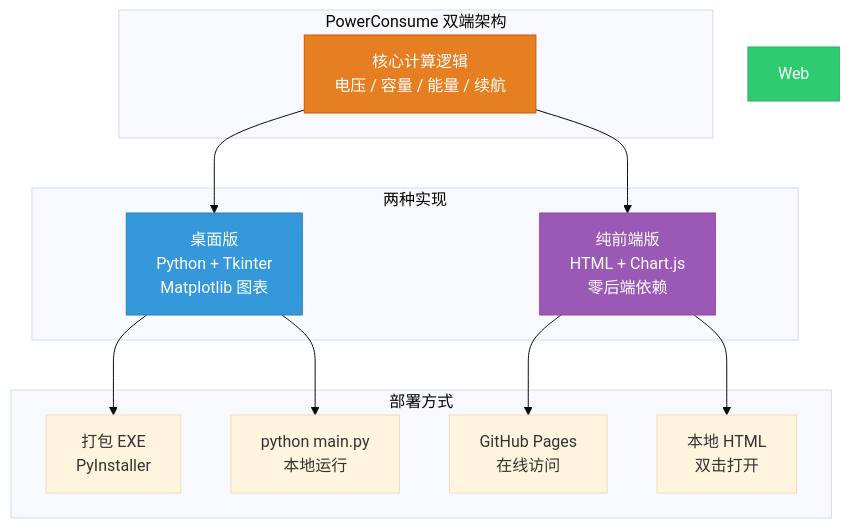
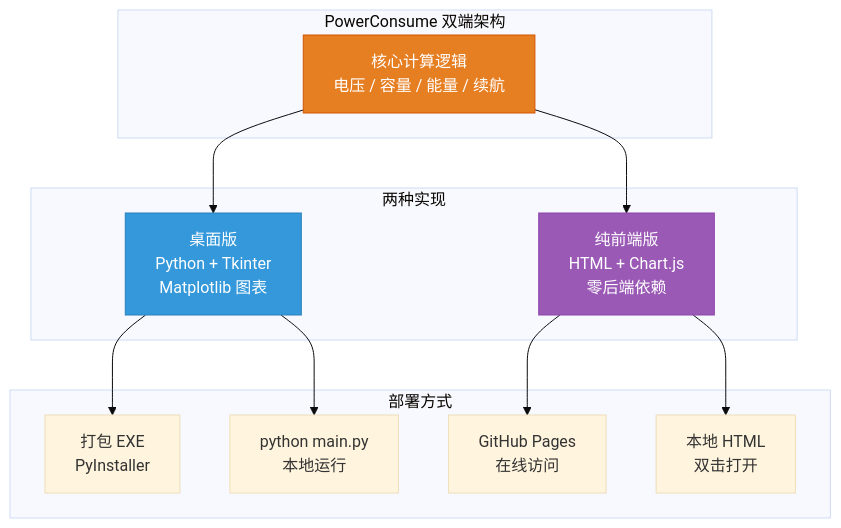
One commit to stark1898y/Power-Consumption-Calculator changed the second of 6 diagrams in blog/PowerConsume 功耗计算器 — 嵌入式设备电池续航计算完全指南.md. Above: the diagram before and after it, drawn with Mermaid (base theme). The commit also changed other lines of this file and 6 other files, not shown here.

````diff
--- a/blog/PowerConsume 功耗计算器 — 嵌入式设备电池续航计算完全指南.md
+++ b/blog/PowerConsume 功耗计算器 — 嵌入式设备电池续航计算完全指南.md
@@ -83,31 +86,30 @@
 ```mermaid
 graph TB
     subgraph "PowerConsume 双端架构"
         Core["核心计算逻辑<br/>电压 / 容量 / 能量 / 续航"]
     end
 
     subgraph "两种实现"
         Desktop["桌面版<br/>Python + Tkinter<br/>Matplotlib 图表"]
         Frontend["纯前端版<br/>HTML + Chart.js<br/>零后端依赖"]
     end
 
     subgraph "部署方式"
         EXE["打包 EXE<br/>PyInstaller"]
         Python["python main.py<br/>本地运行"]
         Pages["GitHub Pages<br/>在线访问"]
         Local["本地 HTML<br/>双击打开"]
     end
 
     Core --> Desktop
     Core --> Frontend
 
     Desktop --> EXE
     Desktop --> Python
     Frontend --> Pages
     Frontend --> Local
 
     style Core fill:#e67e22,stroke:#d35400,color:white
     style Desktop fill:#3498db,stroke:#2980b9,color:white
-    style Web fill:#2ecc71,stroke:#27ae60,color:white
     style Frontend fill:#9b59b6,stroke:#8e44ad,color:white
 ```
````
